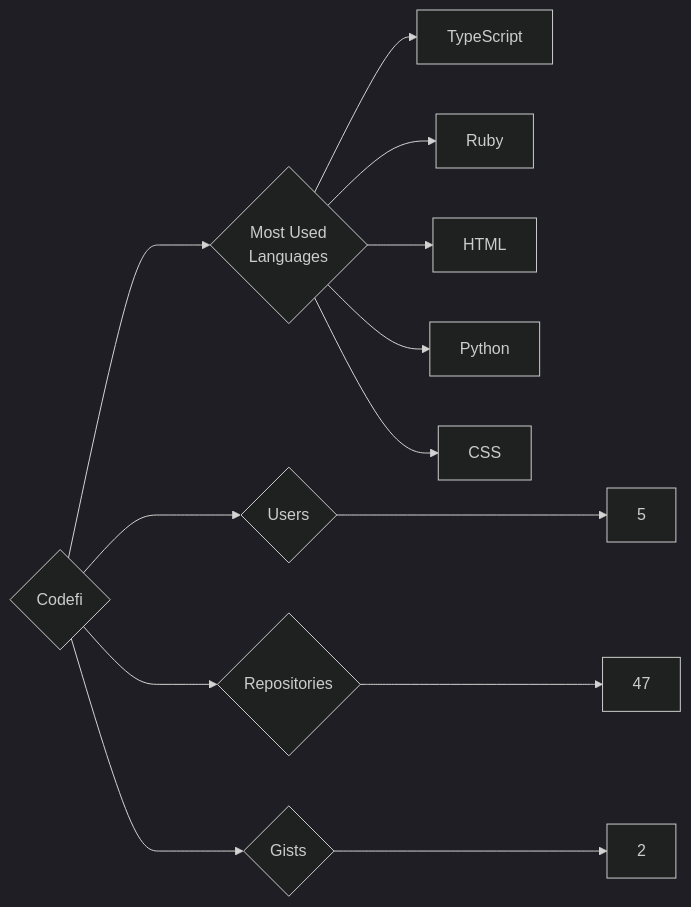
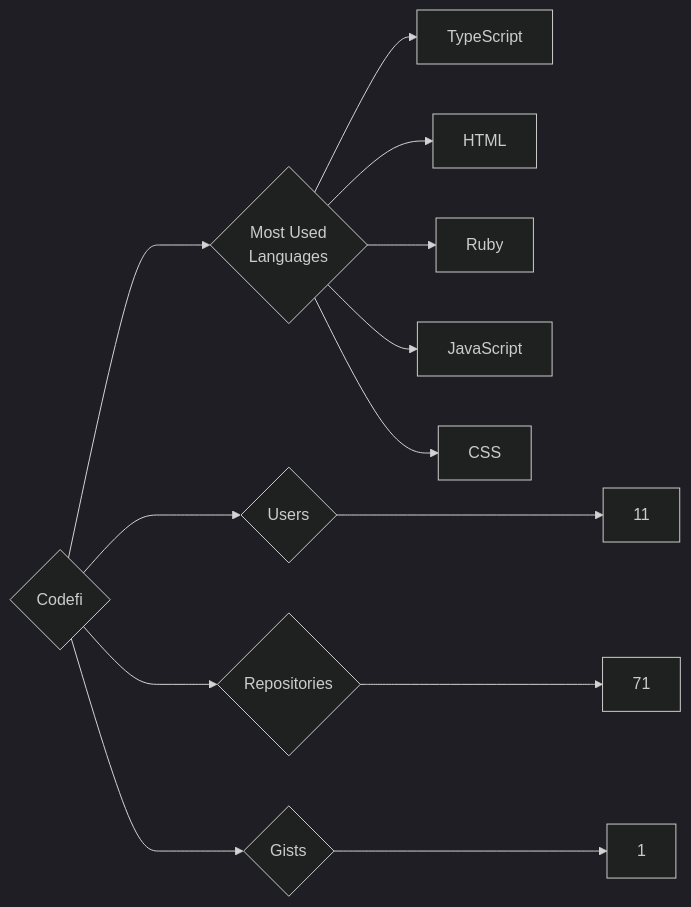
One commit to trickest/insiders changed the diagram in targets/Codefi/README.md. Above: the diagram before and after it, drawn with Mermaid (dark theme). The commit also changed 859 other files, not shown here.

````diff
--- a/targets/Codefi/README.md
+++ b/targets/Codefi/README.md
@@ -3,13 +3,13 @@
 ```mermaid
 graph LR
 COMPANY_NAME{Codefi}
-COMPANY_NAME ---> U{Users} ---> UN[5]
-COMPANY_NAME ---> R{Repositories} ---> RN[47]
-COMPANY_NAME ---> G{Gists} ---> GN[2]
+COMPANY_NAME ---> U{Users} ---> UN[11]
+COMPANY_NAME ---> R{Repositories} ---> RN[71]
+COMPANY_NAME ---> G{Gists} ---> GN[1]
 COMPANY_NAME ---> ML{Most Used<br>Languages}
 ML --> TypeScript[TypeScript]
+ML --> HTML[HTML]
 ML --> Ruby[Ruby]
-ML --> HTML[HTML]
-ML --> Python[Python]
+ML --> JavaScript[JavaScript]
 ML --> CSS[CSS]
 ```
````
